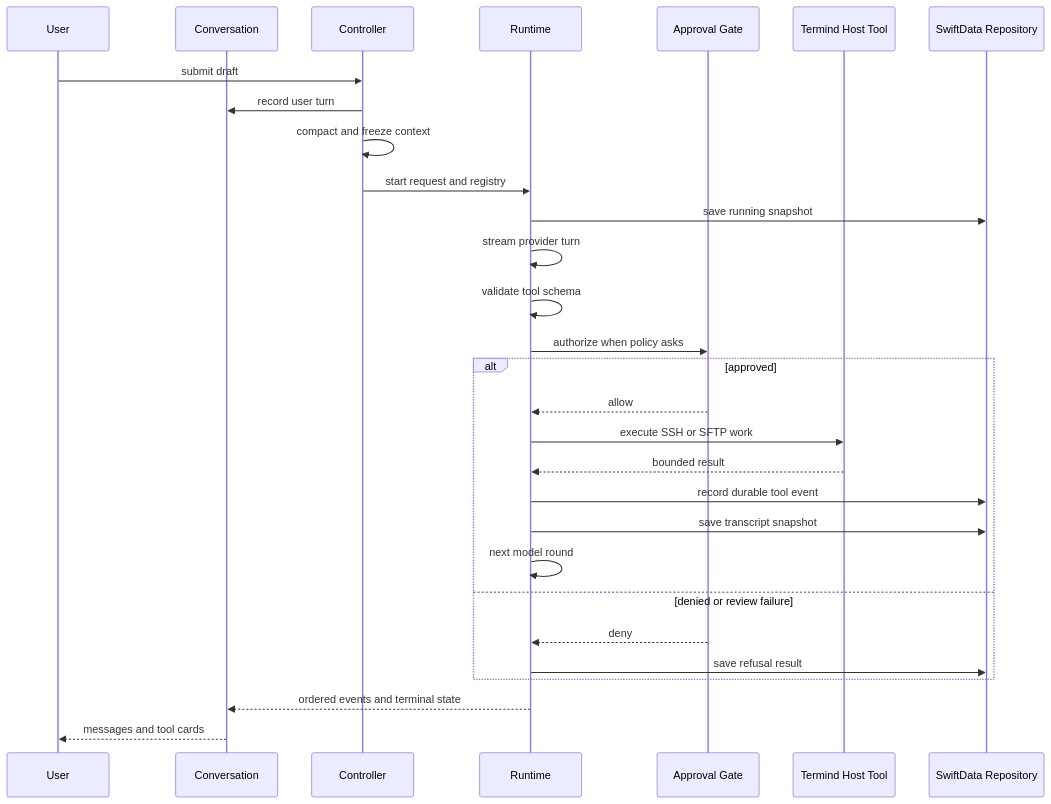
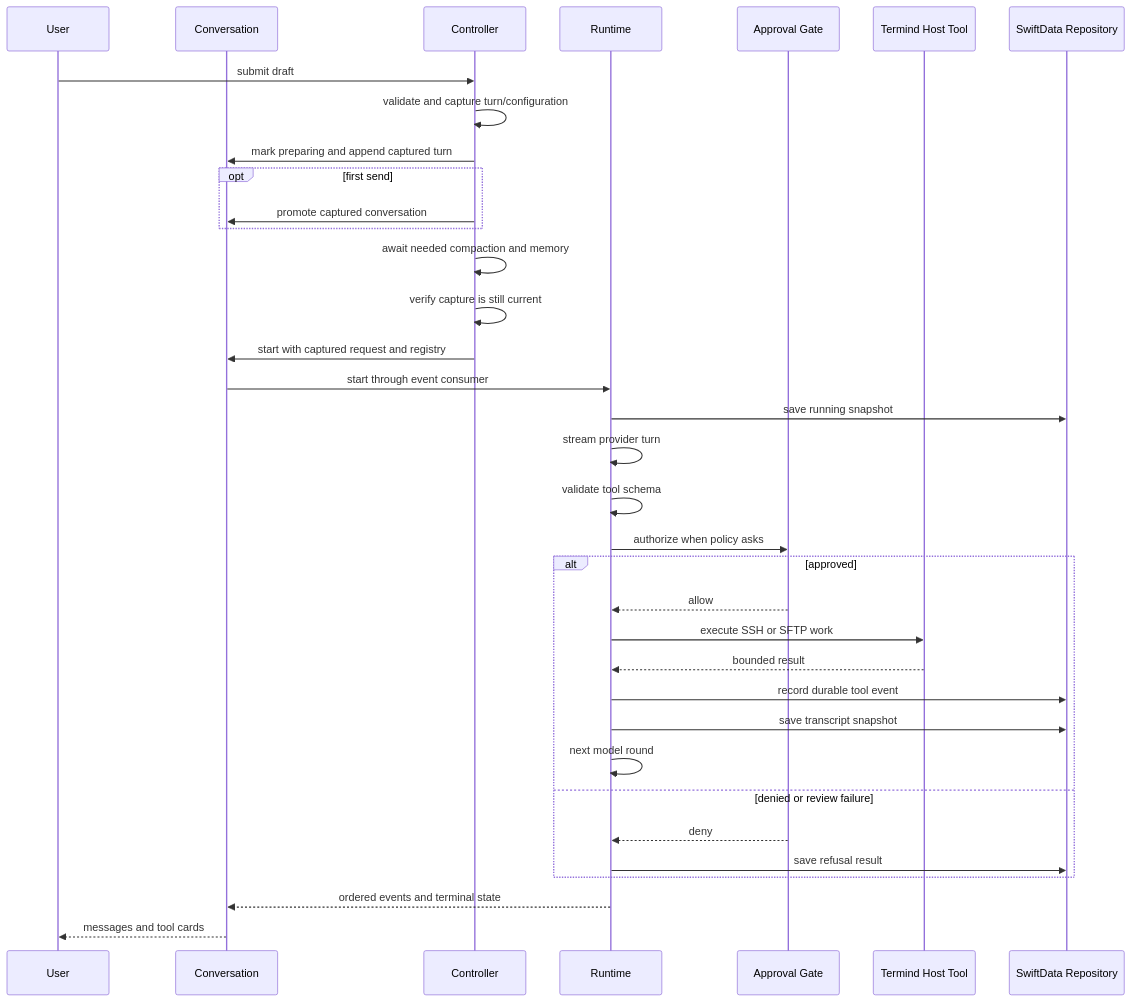
Before and after one commit to AkinoKaede/Termind: the first of 2 diagrams in openwiki/concepts/agent-runtime-and-assistant.md, drawn with Mermaid. The commit also changed other lines of this file and 21 other files, not shown here.

````diff
--- a/openwiki/concepts/agent-runtime-and-assistant.md
+++ b/openwiki/concepts/agent-runtime-and-assistant.md
@@ -112,32 +130,38 @@
 ```mermaid
 sequenceDiagram
     participant User
     participant Conversation
     participant Controller
     participant Runtime
     participant Gate as Approval Gate
     participant Host as Termind Host Tool
     participant Store as SwiftData Repository
 
     User->>Controller: submit draft
-    Controller->>Conversation: record user turn
-    Controller->>Controller: compact and freeze context
-    Controller->>Runtime: start request and registry
+    Controller->>Controller: validate and capture turn/configuration
+    Controller->>Conversation: mark preparing and append captured turn
+    opt first send
+        Controller->>Conversation: promote captured conversation
+    end
+    Controller->>Controller: await needed compaction and memory
+    Controller->>Controller: verify capture is still current
+    Controller->>Conversation: start with captured request and registry
+    Conversation->>Runtime: start through event consumer
     Runtime->>Store: save running snapshot
     Runtime->>Runtime: stream provider turn
     Runtime->>Runtime: validate tool schema
     Runtime->>Gate: authorize when policy asks
     alt approved
         Gate-->>Runtime: allow
         Runtime->>Host: execute SSH or SFTP work
         Host-->>Runtime: bounded result
         Runtime->>Store: record durable tool event
         Runtime->>Store: save transcript snapshot
         Runtime->>Runtime: next model round
     else denied or review failure
         Gate-->>Runtime: deny
         Runtime->>Store: save refusal result
     end
     Runtime-->>Conversation: ordered events and terminal state
     Conversation-->>User: messages and tool cards
 ```
````
